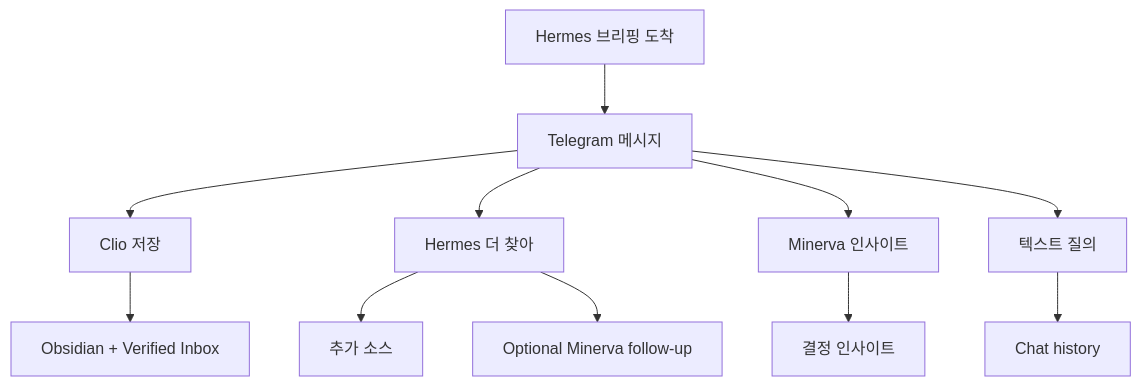
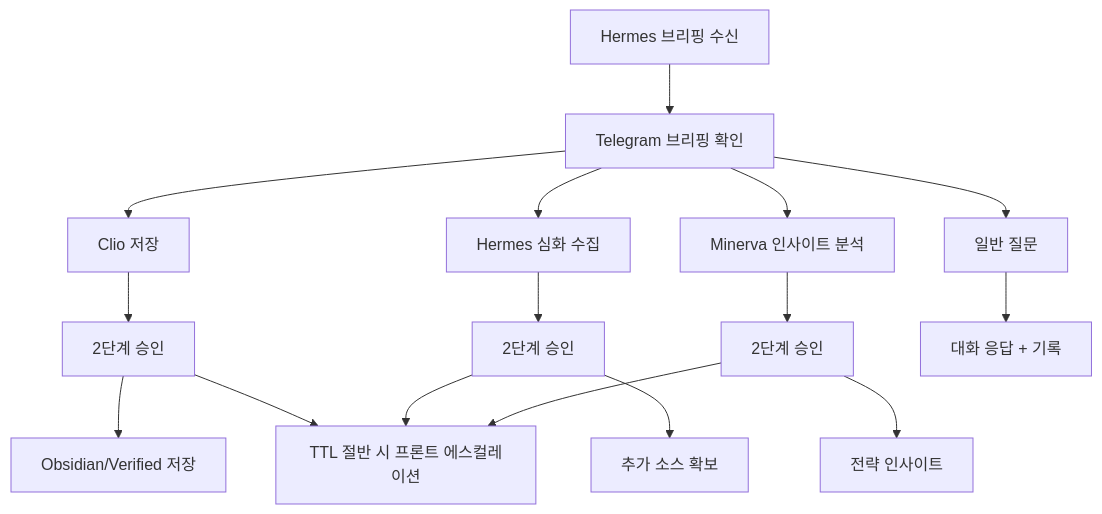
Before and after one commit to Merchantlee99/Personal-AI-agent-v2: the diagram in docs/USE_CASES.md, drawn with Mermaid. The commit also changed other lines of this file and 43 other files, not shown here.

````diff
--- a/docs/USE_CASES.md
+++ b/docs/USE_CASES.md
@@ -87,14 +92,17 @@
 ```mermaid
 flowchart TD
-  B["Hermes 브리핑 도착"] --> T["Telegram 메시지"]
-  T --> C["Clio 저장"]
-  T --> H["Hermes 더 찾아"]
-  T --> M["Minerva 인사이트"]
-  T --> X["텍스트 질의"]
+  START["Hermes 브리핑 수신"] --> VIEW["Telegram 브리핑 확인"]
+  VIEW --> C["Clio 저장"]
+  VIEW --> H["Hermes 심화 수집"]
+  VIEW --> M["Minerva 인사이트 분석"]
+  VIEW --> Q["일반 질문"]
 
-  C --> V["Obsidian + Verified Inbox"]
-  H --> O["추가 소스"]
-  H --> MF["Optional Minerva follow-up"]
-  M --> I["결정 인사이트"]
-  X --> CH["Chat history"]
+  C --> A1["2단계 승인"] --> R1["Obsidian/Verified 저장"]
+  H --> A2["2단계 승인"] --> R2["추가 소스 확보"]
+  M --> A3["2단계 승인"] --> R3["전략 인사이트"]
+  Q --> R4["대화 응답 + 기록"]
+
+  A1 --> ESC["TTL 절반 시 프론트 에스컬레이션"]
+  A2 --> ESC
+  A3 --> ESC
 ```
````
